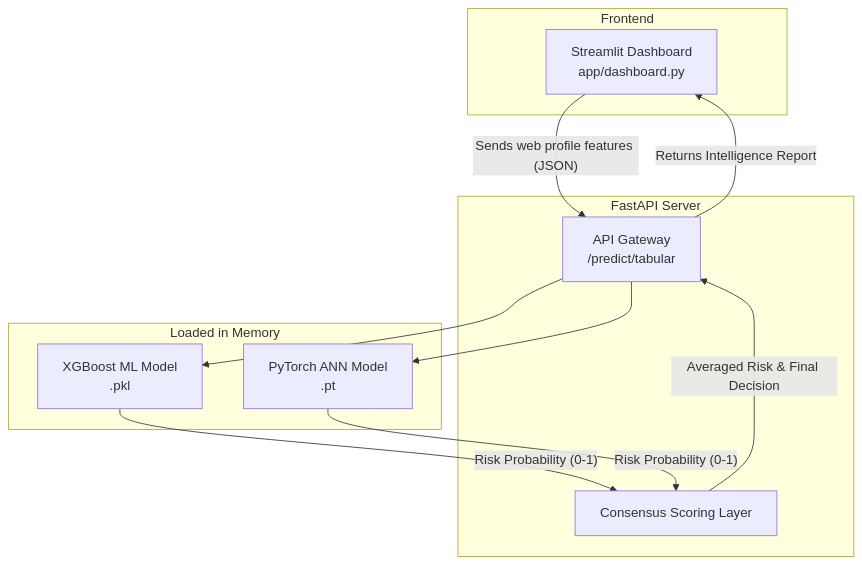
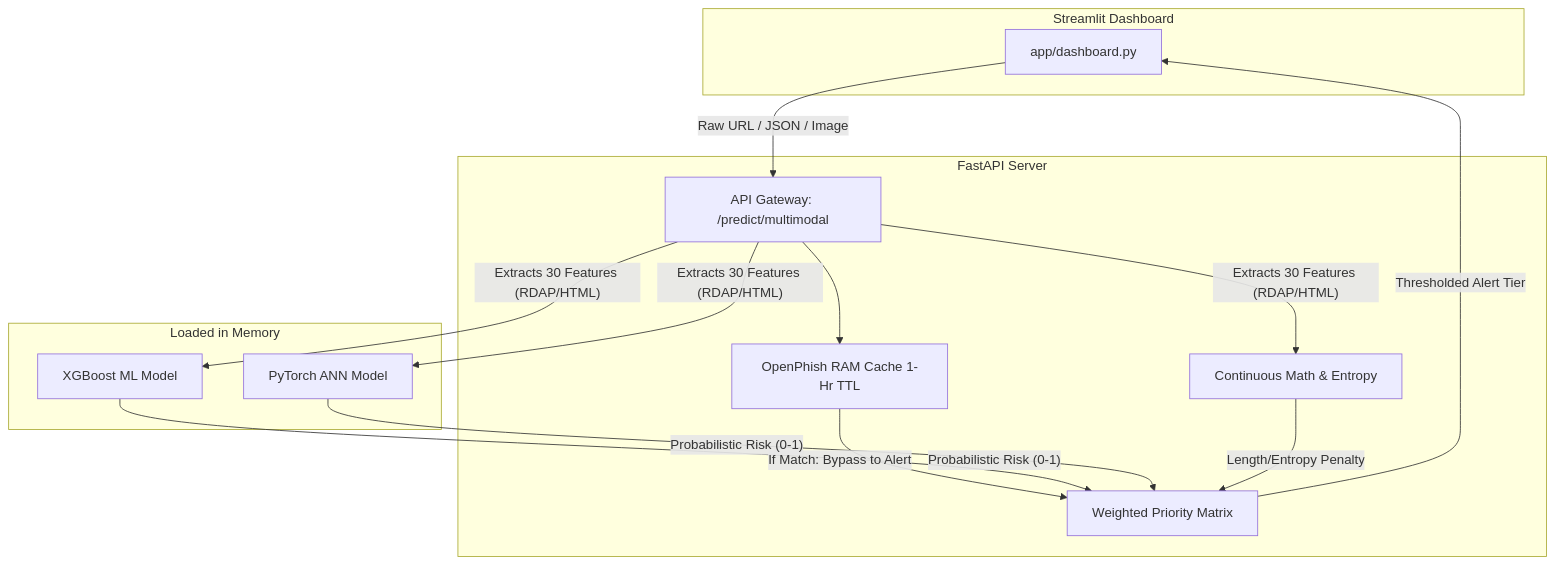
Before and after one commit to Bibek-Dhakal/multimodal-phishing-detection-platform: the diagram in docs/architecture.md, drawn with Mermaid. The commit also changed other lines of this file and 8 other files, not shown here.

````diff
--- a/docs/architecture.md
+++ b/docs/architecture.md
@@ -9,24 +9,27 @@
 ```mermaid
 graph TD
-    subgraph Frontend
-        UI[Streamlit Dashboard<br/>app/dashboard.py]
+    subgraph Frontend [Streamlit Dashboard]
+        UI[app/dashboard.py]
     end
 
     subgraph Backend [FastAPI Server]
-        API[API Gateway<br/>/predict/tabular]
-        Consensus[Consensus Scoring Layer]
+        API[API Gateway: /predict/multimodal]
+        Feed[OpenPhish RAM Cache 1-Hr TTL]
+        Consensus[Weighted Priority Matrix]
+        Heuristics[Continuous Math & Entropy]
     end
 
     subgraph Models [Loaded in Memory]
-        ML[XGBoost ML Model<br/>.pkl]
-        DL[PyTorch ANN Model<br/>.pt]
+        ML[XGBoost ML Model]
+        DL[PyTorch ANN Model]
     end
 
-    UI -- "Sends web profile features (JSON)" --> API
-    API --> ML
-    API --> DL
-    ML -- "Risk Probability (0-1)" --> Consensus
-    DL -- "Risk Probability (0-1)" --> Consensus
-    Consensus -- "Averaged Risk & Final Decision" --> API
-    API -- "Returns Intelligence Report" --> UI
+    UI -- "Raw URL / JSON / Image" --> API
+    API --> Feed
+    Feed -- "If Match: Bypass to Alert" --> Consensus
+    API -- "Extracts 30 Features (RDAP/HTML)" --> ML & DL & Heuristics
+    ML -- "Probabilistic Risk (0-1)" --> Consensus
+    DL -- "Probabilistic Risk (0-1)" --> Consensus
+    Heuristics -- "Length/Entropy Penalty" --> Consensus
+    Consensus -- "Thresholded Alert Tier" --> UI
 ```
````
